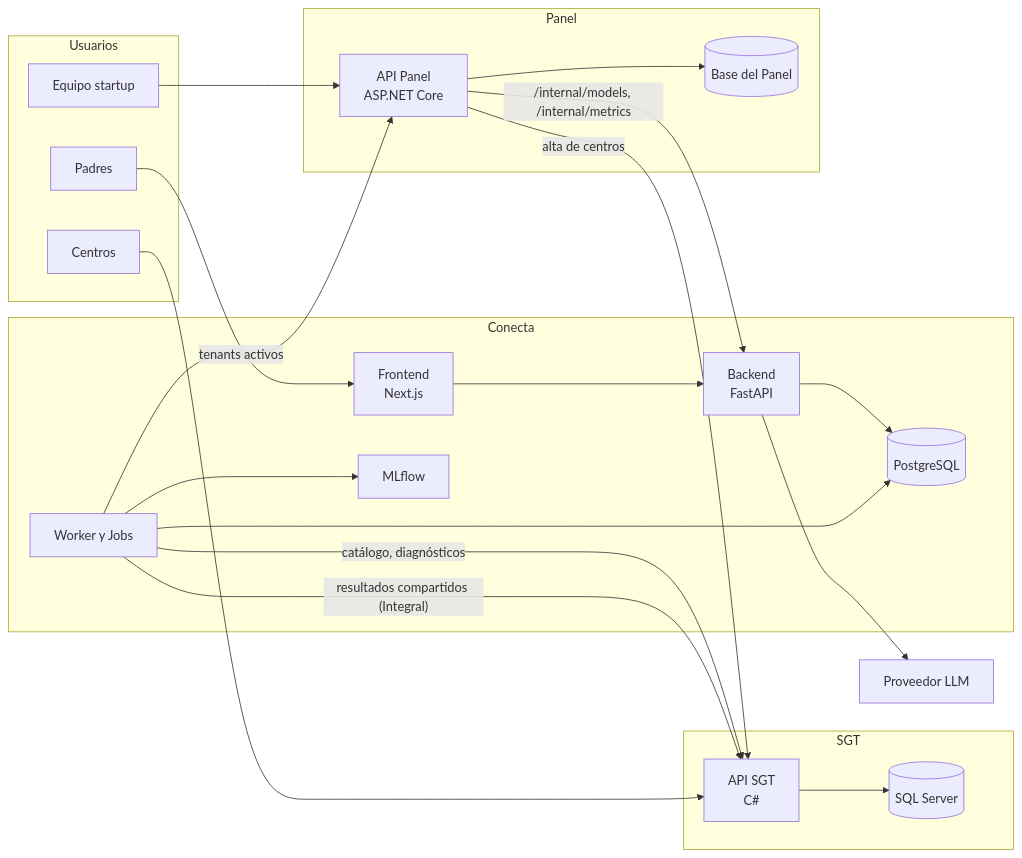
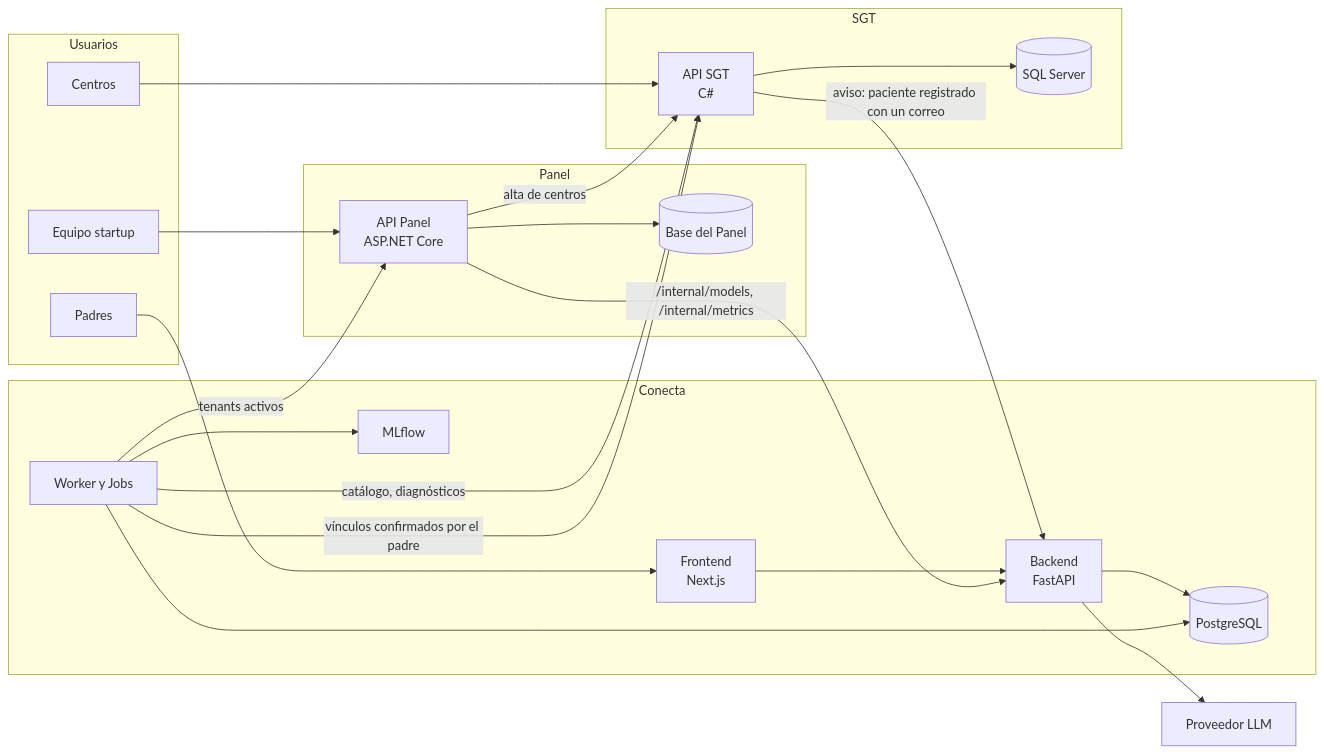
One commit to ErnestoSCL/neuroa-modelo-tamizaje changed the first of 7 diagrams in docs/arquitectura_conecta.md. Above: the diagram before and after it, drawn with Mermaid. The commit also changed other lines of this file and 3 other files, not shown here.

First line of the commit message:
Vínculo padre–centro confirmado por el padre en lugar de compartir resultado

````diff
--- a/docs/arquitectura_conecta.md
+++ b/docs/arquitectura_conecta.md
@@ -40,43 +40,44 @@
 ```mermaid
 flowchart LR
     subgraph Usuarios
         P["Padres"]
         C["Centros"]
         E["Equipo startup"]
     end
 
     subgraph Conecta
         WEB["Frontend<br>Next.js"]
         API["Backend<br>FastAPI"]
         WK["Worker y Jobs"]
         PG[("PostgreSQL")]
         ML["MLflow"]
     end
 
     subgraph SGT
         SAPI["API SGT<br>C#"]
         SQL[("SQL Server")]
     end
 
     subgraph Panel
         PAPI["API Panel<br>ASP.NET Core"]
         PDB[("Base del Panel")]
     end
 
     LLM["Proveedor LLM"]
 
     P --> WEB --> API
     C --> SAPI
     E --> PAPI
     API --> PG
     WK --> PG
     API --> LLM
     WK -- "catálogo, diagnósticos" --> SAPI
-    WK -- "resultados compartidos (Integral)" --> SAPI
+    WK -- "vínculos confirmados por el padre" --> SAPI
+    SAPI -- "aviso: paciente registrado con un correo" --> API
     WK -- "tenants activos" --> PAPI
     PAPI -- "/internal/models, /internal/metrics" --> API
     PAPI -- "alta de centros" --> SAPI
     SAPI --> SQL
     PAPI --> PDB
     WK --> ML
 ```
````
